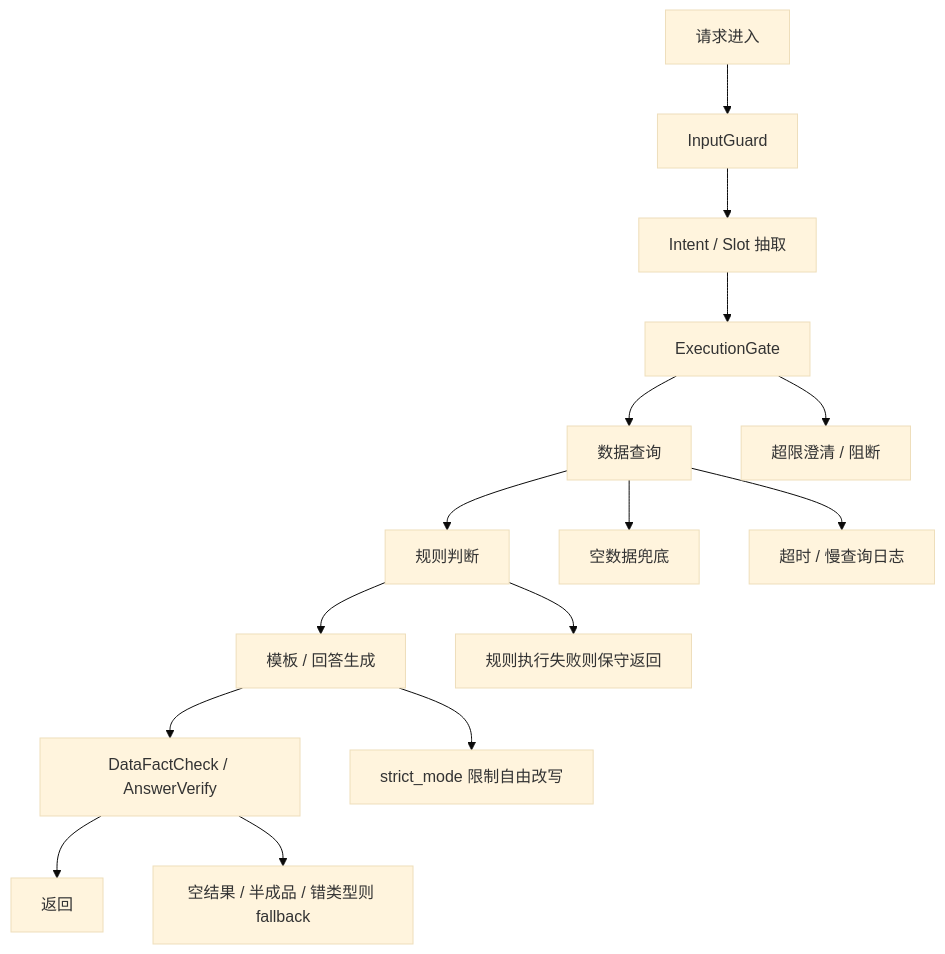
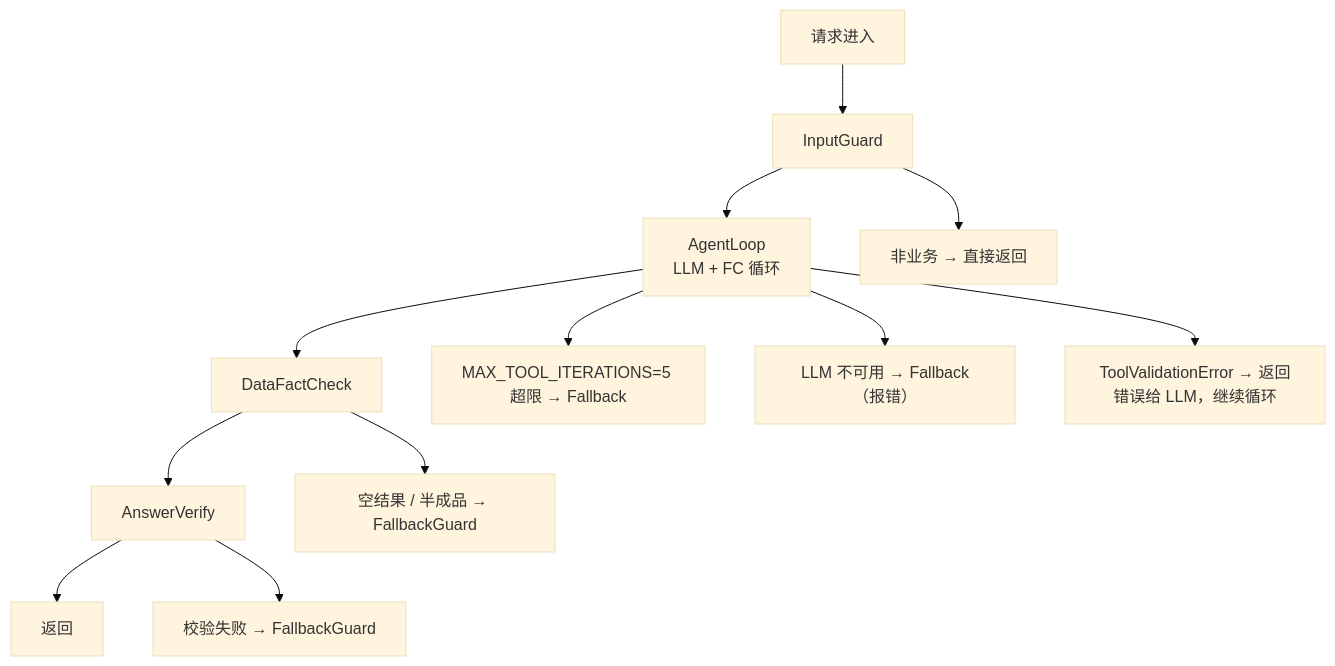
Before and after one commit to gago-project/smart-agriculture: the fourth of 5 diagrams in apps/agent/plans/1/7.system-design-diagram.md, drawn with Mermaid (base theme). The commit also changed other lines of this file and 8 other files, not shown here.

Commit message:
docs: sync all agent design docs to LLM + Function Calling architecture

````diff
--- a/apps/agent/plans/1/7.system-design-diagram.md
+++ b/apps/agent/plans/1/7.system-design-diagram.md
@@ -195,18 +162,15 @@
 ```mermaid
 flowchart TD
     A["请求进入"] --> B["InputGuard"]
-    B --> C["Intent / Slot 抽取"]
-    C --> D["ExecutionGate"]
-    D --> E["数据查询"]
-    E --> F["规则判断"]
-    F --> G["模板 / 回答生成"]
-    G --> H["DataFactCheck / AnswerVerify"]
-    H --> I["返回"]
+    B --> C["AgentLoop<br/>LLM + FC 循环"]
+    C --> D["DataFactCheck"]
+    D --> E["AnswerVerify"]
+    E --> F["返回"]
 
-    D --> D1["超限澄清 / 阻断"]
-    E --> E1["空数据兜底"]
-    E --> E2["超时 / 慢查询日志"]
-    F --> F1["规则执行失败则保守返回"]
-    G --> G1["strict_mode 限制自由改写"]
-    H --> H1["空结果 / 半成品 / 错类型则 fallback"]
+    B --> B1["非业务 → 直接返回"]
+    C --> C1["MAX_TOOL_ITERATIONS=5 超限 → Fallback"]
+    C --> C2["LLM 不可用 → Fallback（报错）"]
+    C --> C3["ToolValidationError → 返回错误给 LLM，继续循环"]
+    D --> D1["空结果 / 半成品 → FallbackGuard"]
+    E --> E1["校验失败 → FallbackGuard"]
 ```
````
